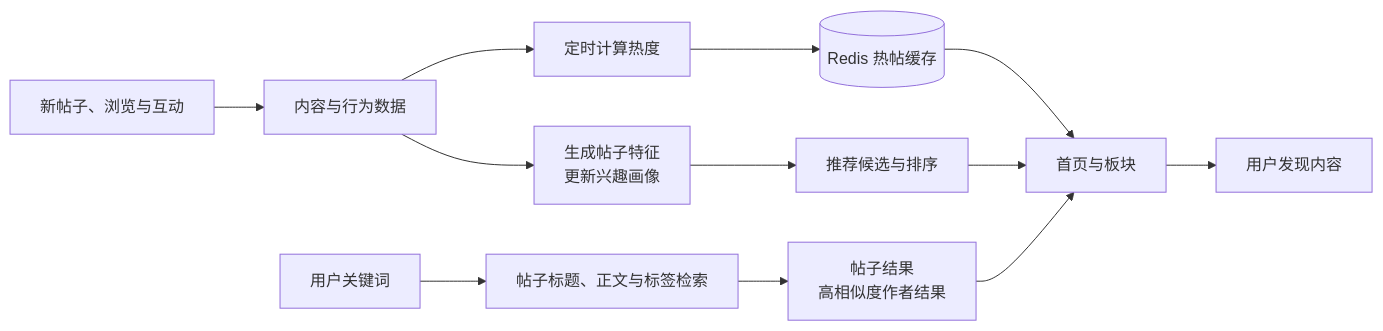
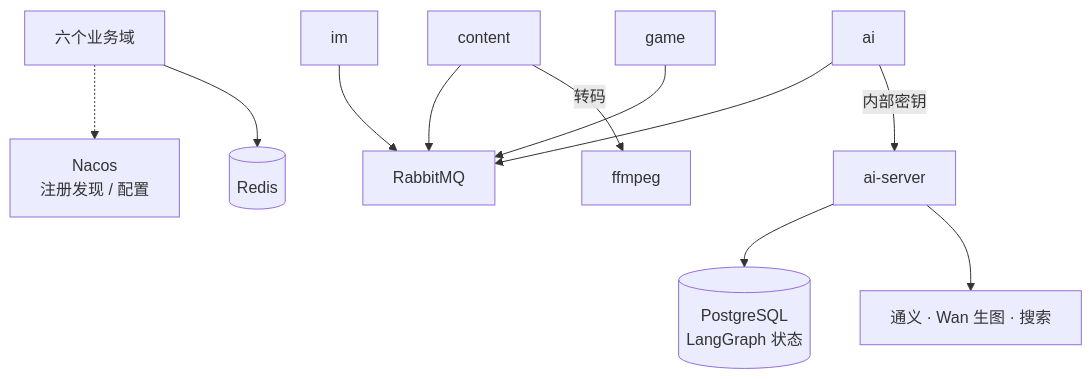
Before and after one commit to pluchon/mengmeng_forum: the third of 29 diagrams in README.md, drawn with Mermaid. The commit also changed other lines of this file and 1616 other files, not shown here.

````diff
--- a/README.md
+++ b/README.md
@@ -189,14 +40,10 @@
 ```mermaid
-flowchart LR
-  A["新帖子、浏览与互动"] --> I["内容与行为数据"]
-  I --> H["定时计算热度"]
-  H --> RC[("Redis 热帖缓存")]
-  RC --> HOME["首页与板块"]
-  Q["用户关键词"] --> S["帖子标题、正文与标签检索"]
-  S --> MATCH["帖子结果<br/>高相似度作者结果"]
-  MATCH --> HOME
-  I --> F["生成帖子特征<br/>更新兴趣画像"]
-  F --> REC["推荐候选与排序"]
-  REC --> HOME
-  HOME --> U["用户发现内容"]
+flowchart TB
+  DOMAINS["六个业务域"] -.-> NACOS["Nacos<br/>注册发现 / 配置"]
+  DOMAINS --> REDIS[("Redis")]
+  CONTENT["content"] & IM["im"] & GAME["game"] & AIJ["ai"] --> MQ["RabbitMQ"]
+  CONTENT -->|转码| FF["ffmpeg"]
+  AIJ -->|内部密钥| PY["ai-server"]
+  PY --> PG[("PostgreSQL<br/>LangGraph 状态")]
+  PY --> EXT["通义 · Wan 生图 · 搜索"]
 ```
````
